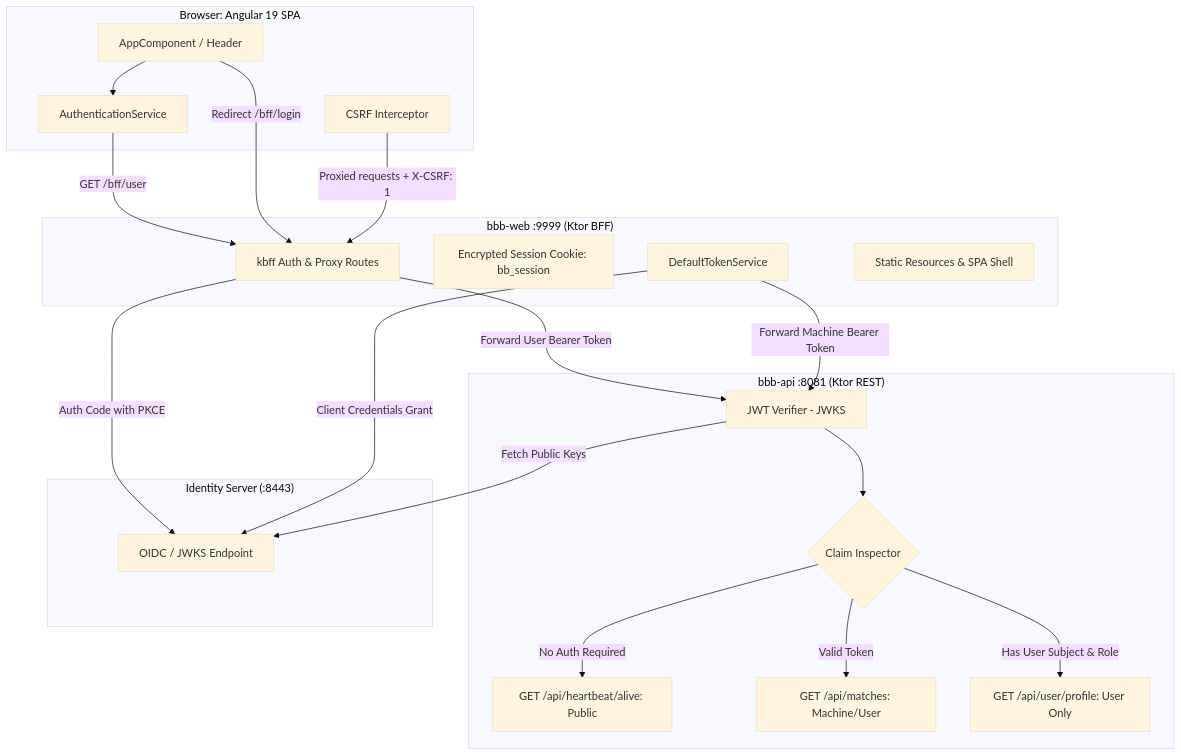
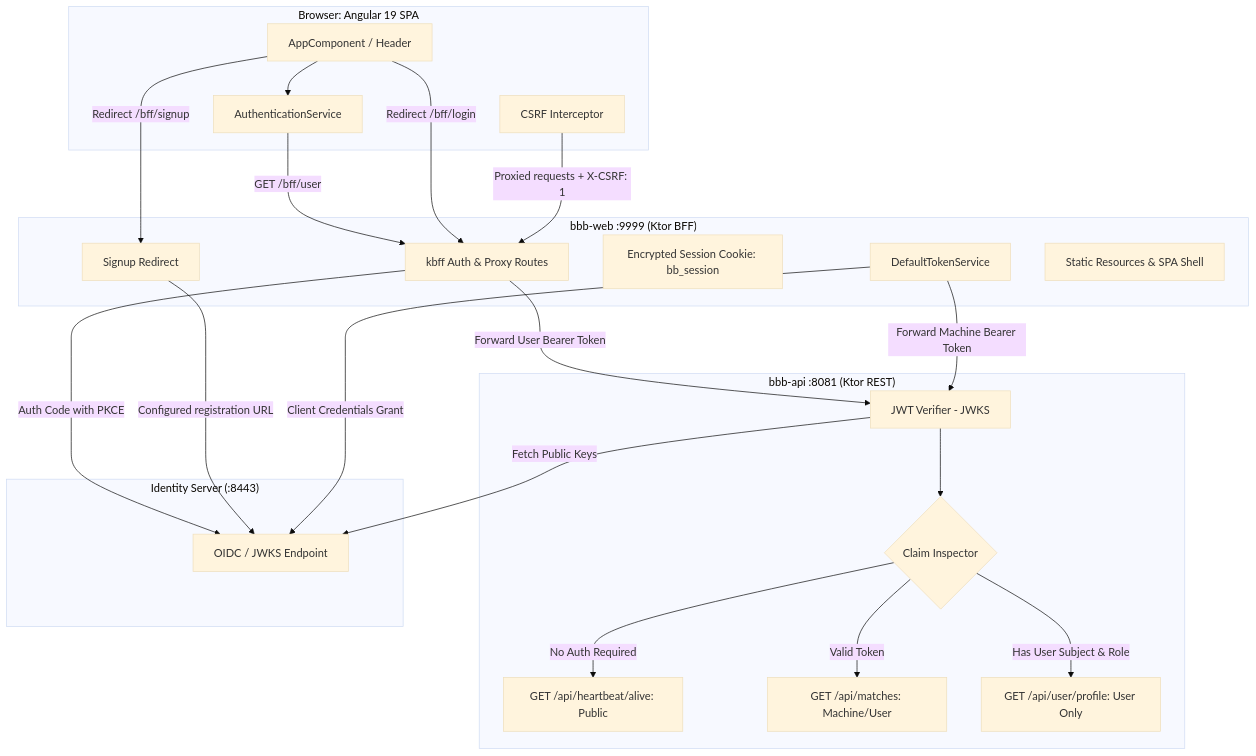
Before and after one commit to kevinrjones/acs_ball_by_ball: the first of 3 diagrams in docs/architecture/applications.md, drawn with Mermaid (base theme). The commit also changed other lines of this file and 7 other files, not shown here.

First line of the commit message:
Add `/bff/signup` route and configure dynamic registration URL handling

````diff
--- a/docs/architecture/applications.md
+++ b/docs/architecture/applications.md
@@ -19,44 +19,47 @@
 ```mermaid
 flowchart TD
     subgraph Browser["Browser: Angular 19 SPA"]
         UI[AppComponent / Header]
         AuthService[AuthenticationService]
         Interceptor[CSRF Interceptor]
     end
 
     subgraph Web["bbb-web :9999 (Ktor BFF)"]
         KBFF[kbff Auth & Proxy Routes]
+        AuthRoutes[Signup Redirect]
         SessionCookie[Encrypted Session Cookie: bb_session]
         TokenService[DefaultTokenService]
         WebRoutes[Static Resources & SPA Shell]
     end
 
     subgraph API["bbb-api :8081 (Ktor REST)"]
         JWTVerifier[JWT Verifier - JWKS]
         ClaimsCheck{Claim Inspector}
         AliveRoute[GET /api/heartbeat/alive: Public]
         MatchesRoute[GET /api/matches: Machine/User]
         UserRoute[GET /api/user/profile: User Only]
     end
 
     subgraph Identity["Identity Server (:8443)"]
         OIDC[OIDC / JWKS Endpoint]
     end
 
     UI --> AuthService
     AuthService -->|GET /bff/user| KBFF
     UI -->|Redirect /bff/login| KBFF
+    UI -->|Redirect /bff/signup| AuthRoutes
     Interceptor -->|Proxied requests + X-CSRF: 1| KBFF
 
     KBFF -->|Auth Code with PKCE| OIDC
+    AuthRoutes -->|Configured registration URL| OIDC
     TokenService -->|Client Credentials Grant| OIDC
     JWTVerifier -->|Fetch Public Keys| OIDC
 
     KBFF -->|Forward User Bearer Token| JWTVerifier
     TokenService -->|Forward Machine Bearer Token| JWTVerifier
 
     JWTVerifier --> ClaimsCheck
     ClaimsCheck -->|No Auth Required| AliveRoute
     ClaimsCheck -->|Valid Token| MatchesRoute
     ClaimsCheck -->|Has User Subject & Role| UserRoute
 ```
````
